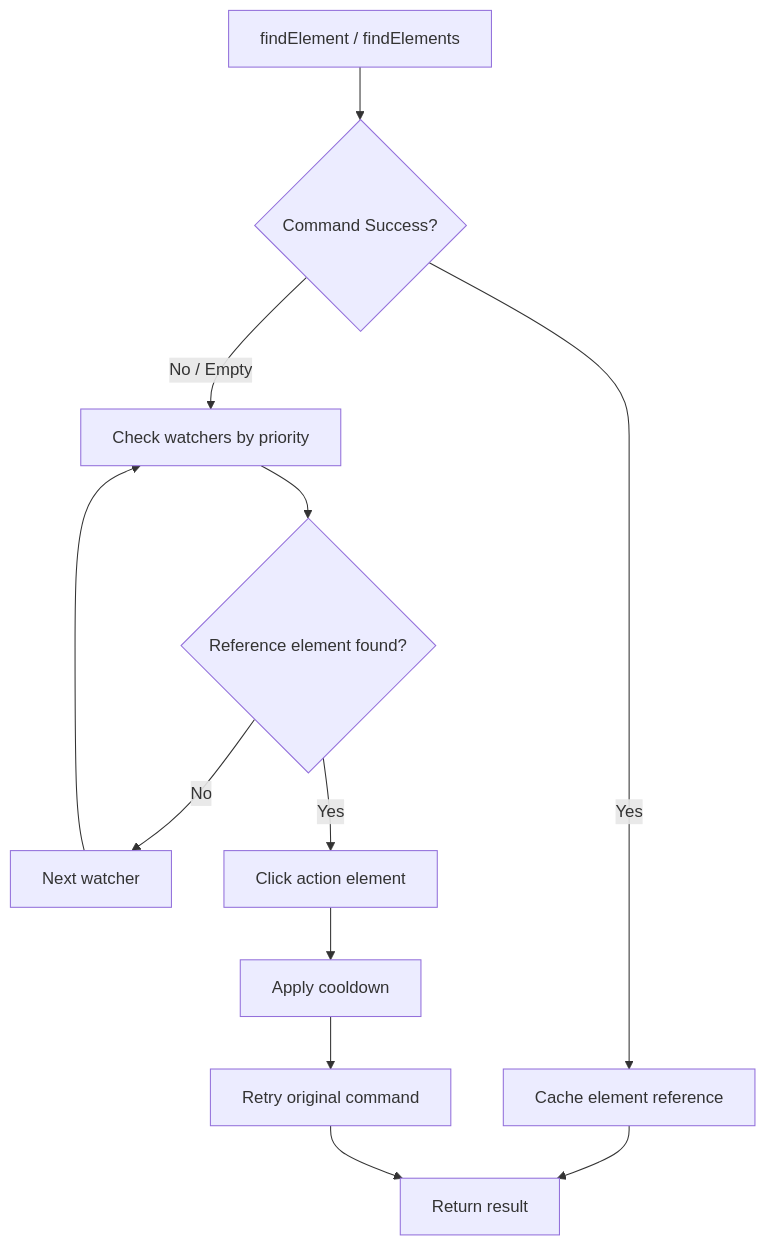
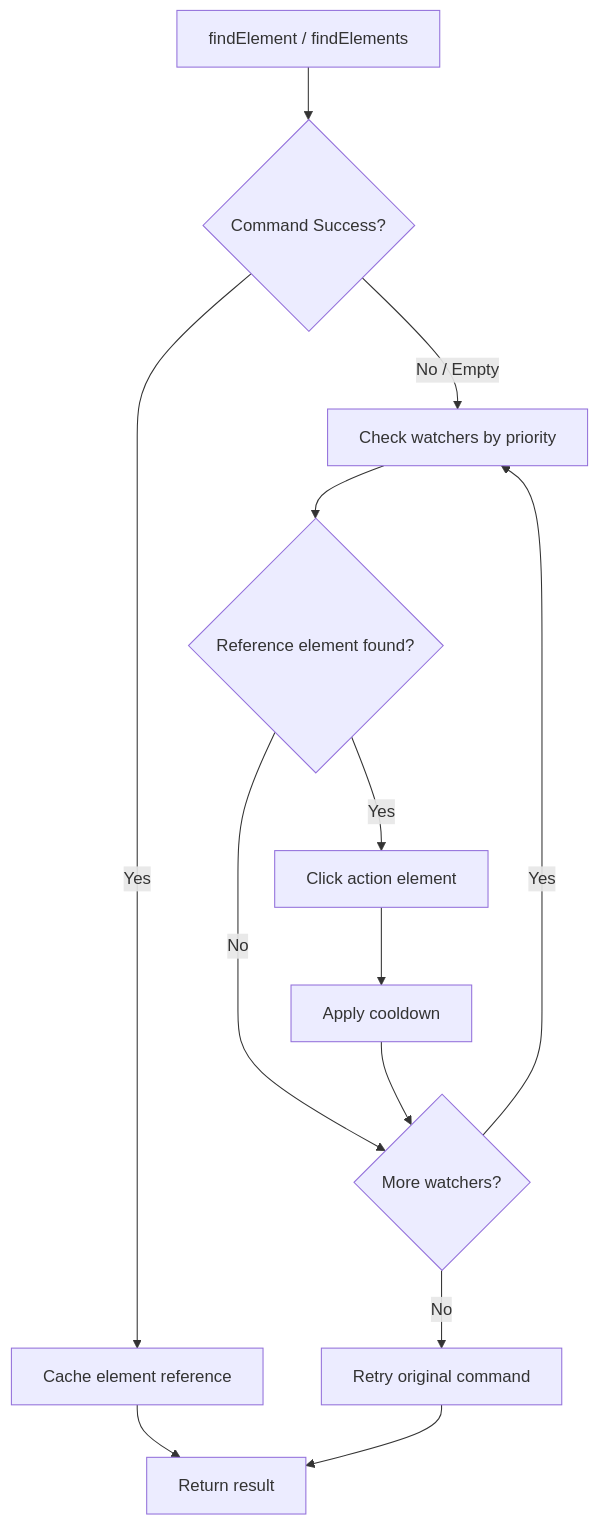
Before and after one commit to rajvinodh/uiwatchers: the first of 2 diagrams in README.md, drawn with Mermaid.

Commit message:
Fixed: Watcher Checking Flow diagram

````diff
--- a/README.md
+++ b/README.md
@@ -283,14 +283,15 @@
 ```mermaid
 flowchart TD
     A[findElement / findElements] --> B{Command Success?}
     B -->|Yes| C[Cache element reference]
     C --> D[Return result]
     B -->|No / Empty| E[Check watchers by priority]
     E --> F{Reference element found?}
-    F -->|No| G[Next watcher]
-    G --> E
+    F -->|No| G{More watchers?}
+    G -->|Yes| E
     F -->|Yes| H[Click action element]
     H --> I[Apply cooldown]
-    I --> J[Retry original command]
+    I --> G
+    G -->|No| J[Retry original command]
     J --> D
 ```
````
